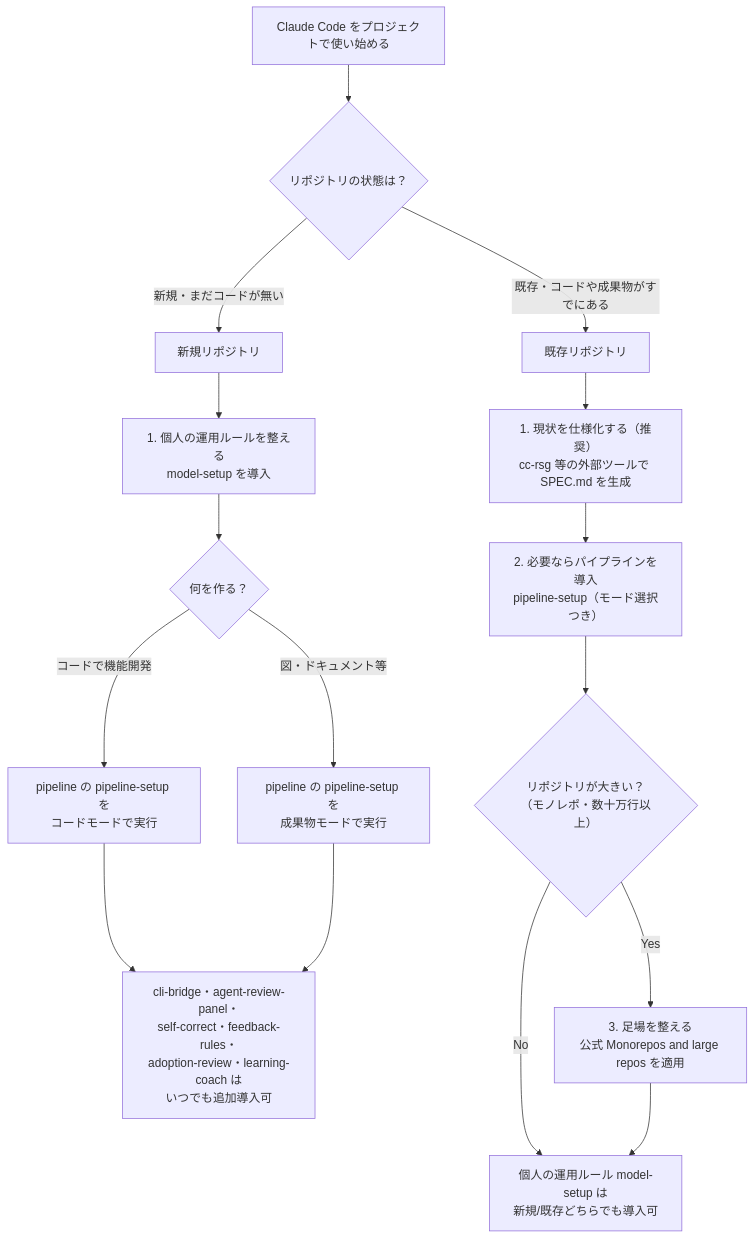
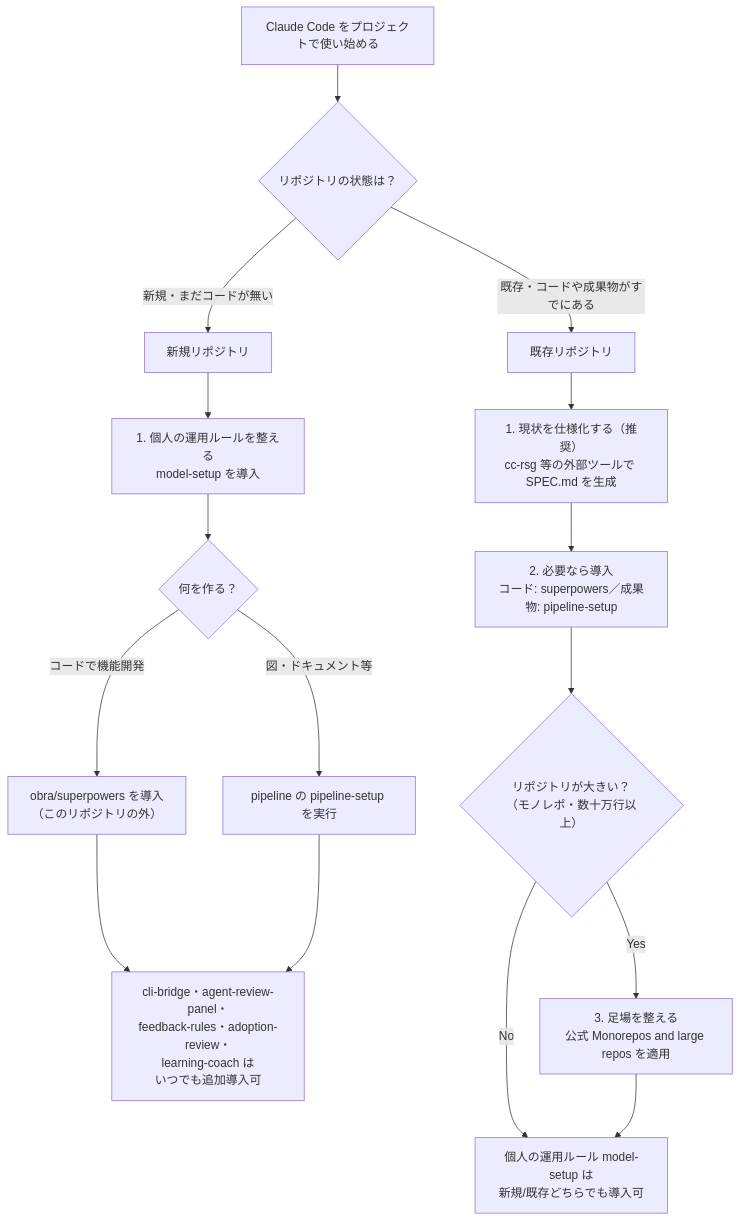
Before and after one commit to mrkxlia/claude-code-workbench-ja: the first of 2 diagrams in README.md, drawn with Mermaid. The commit also changed other lines of this file and 64 other files, not shown here.

First line of the commit message:
feature-pipeline を superpowers に、self-correct を loop_eng に任せて削除

````diff
--- a/README.md
+++ b/README.md
@@ -9,20 +9,20 @@
 ```mermaid
 flowchart TD
     Start["Claude Code をプロジェクトで使い始める"] --> Q{"リポジトリの状態は？"}
     Q -->|"新規・まだコードが無い"| New["新規リポジトリ"]
     Q -->|"既存・コードや成果物がすでにある"| Existing["既存リポジトリ"]
 
     New --> N1["1. 個人の運用ルールを整える<br/>model-setup を導入"]
     N1 --> N2{"何を作る？"}
-    N2 -->|"コードで機能開発"| N3["pipeline の pipeline-setup を<br/>コードモードで実行"]
-    N2 -->|"図・ドキュメント等"| N4["pipeline の pipeline-setup を<br/>成果物モードで実行"]
-    N3 --> N6["cli-bridge・agent-review-panel・<br/>self-correct・feedback-rules・<br/>adoption-review・learning-coach は<br/>いつでも追加導入可"]
+    N2 -->|"コードで機能開発"| N3["obra/superpowers を導入<br/>（このリポジトリの外）"]
+    N2 -->|"図・ドキュメント等"| N4["pipeline の pipeline-setup を実行"]
+    N3 --> N6["cli-bridge・agent-review-panel・<br/>feedback-rules・adoption-review・<br/>learning-coach は<br/>いつでも追加導入可"]
     N4 --> N6
 
     Existing --> E1["1. 現状を仕様化する（推奨）<br/>cc-rsg 等の外部ツールで SPEC.md を生成"]
-    E1 --> E2["2. 必要ならパイプラインを導入<br/>pipeline-setup（モード選択つき）"]
+    E1 --> E2["2. 必要なら導入<br/>コード: superpowers／成果物: pipeline-setup"]
     E2 --> E2b{"リポジトリが大きい？<br/>（モノレポ・数十万行以上）"}
     E2b -->|"Yes"| E2c["3. 足場を整える<br/>公式 Monorepos and large repos を適用"]
     E2b -->|"No"| E3
     E2c --> E3["個人の運用ルール model-setup は<br/>新規/既存どちらでも導入可"]
 ```
````
